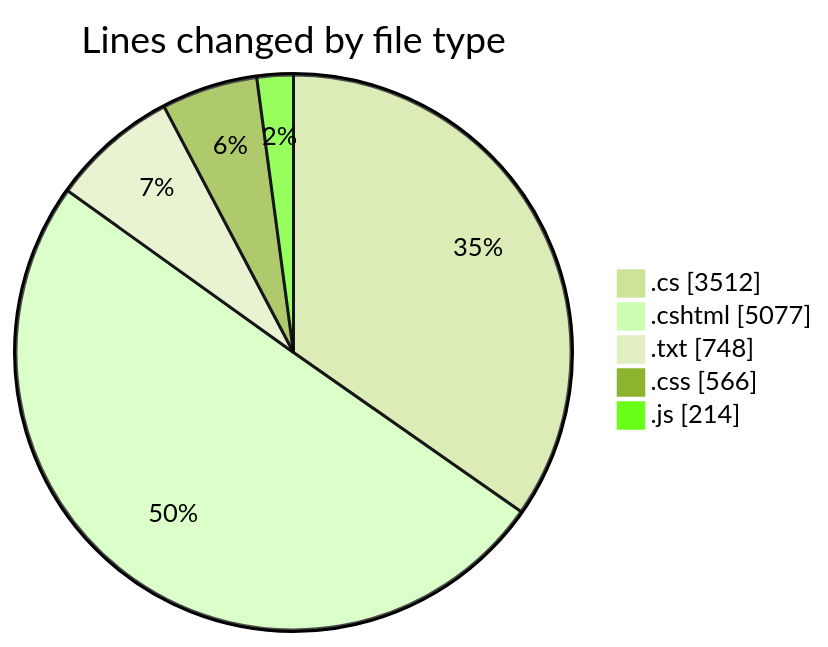
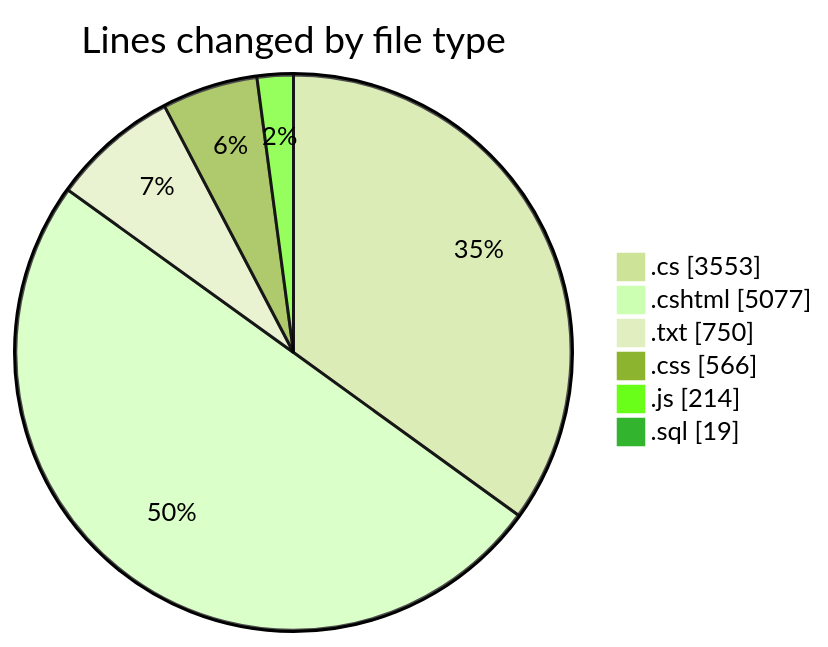
The first of 2 diagrams in 2025-07-28/quanlyrapchieuphim-1/README.md (lephambinh05/code-tracking), drawn with Mermaid (forest theme) before and after one commit. The commit also changed other lines of this file and 1 other file, not shown here.

````diff
--- a/2025-07-28/quanlyrapchieuphim-1/README.md
+++ b/2025-07-28/quanlyrapchieuphim-1/README.md
@@ -41,9 +43,10 @@
 ```mermaid
 pie showData
 title Lines changed by file type
-".cs" : 3512
+".cs" : 3553
 ".cshtml" : 5077
-".txt" : 748
+".txt" : 750
 ".css" : 566
 ".js" : 214
+".sql" : 19
 ```
````
